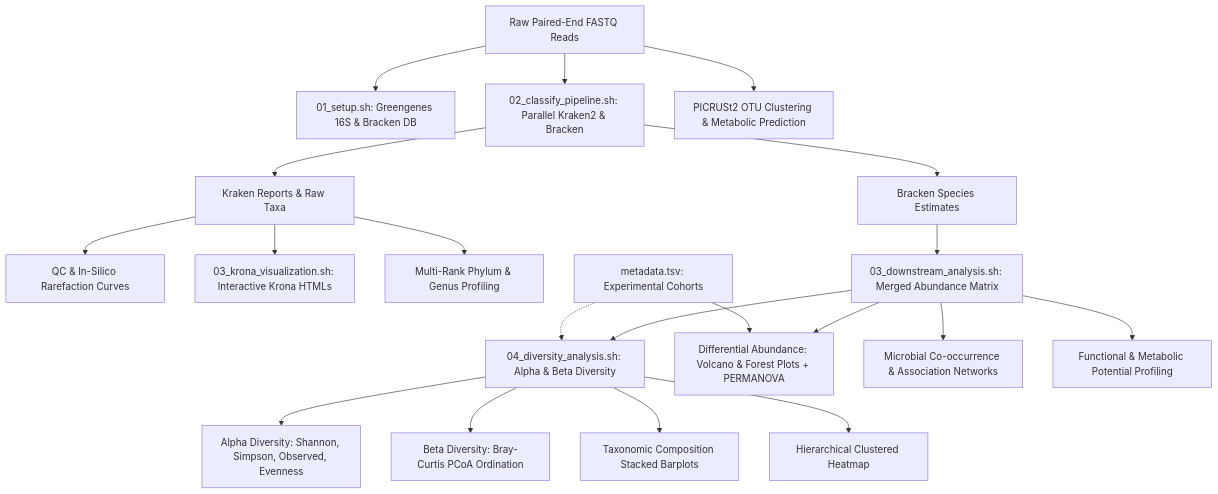
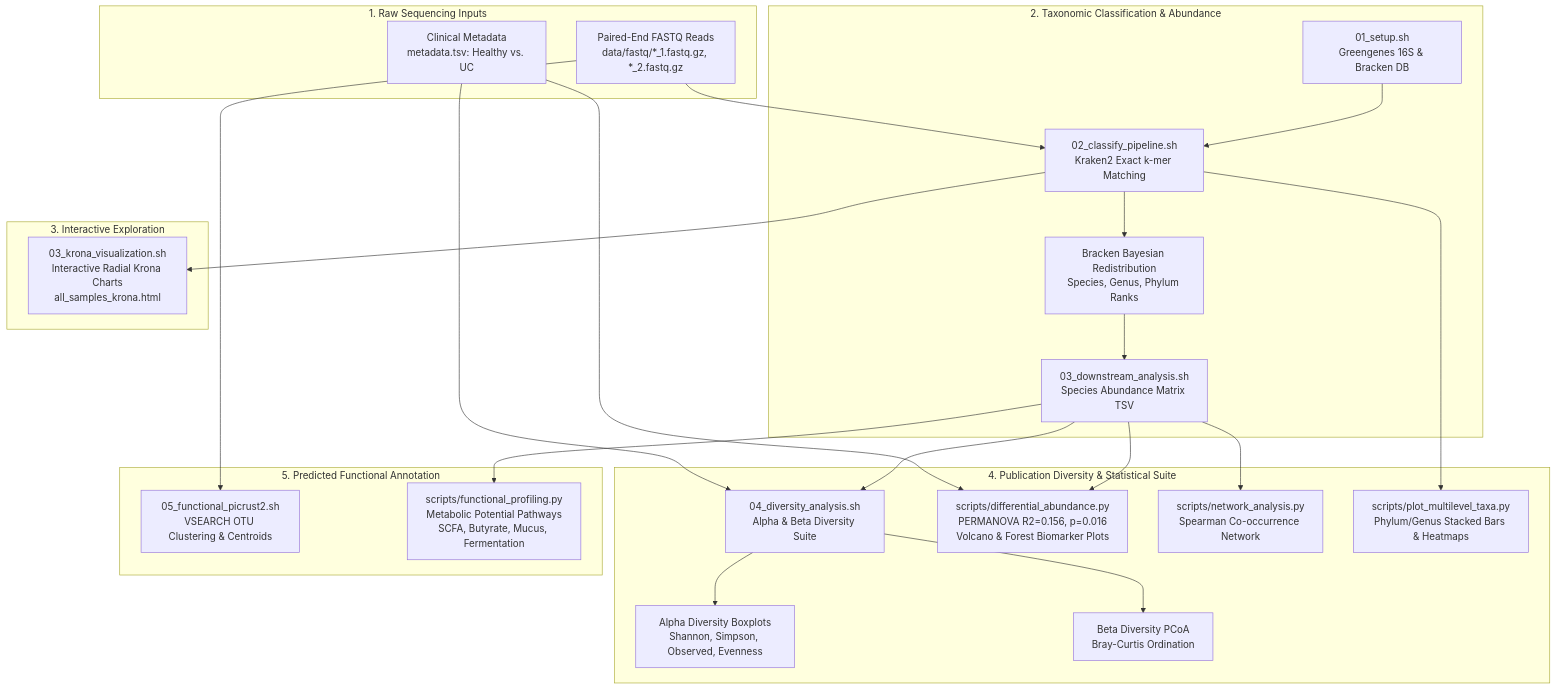
The diagram in README.md (JaykishanJ/metagenomics_16s_pipeline), drawn with Mermaid before and after one commit. The commit also changed other lines of this file, not shown here.

Commit message:
Update README with publication figures gallery and clinical workflow

````diff
--- a/README.md
+++ b/README.md
@@ -17,28 +18,32 @@
 ```mermaid
 flowchart TD
-    A[Raw Paired-End FASTQ Reads] --> B[01_setup.sh: Greengenes 16S & Bracken DB]
-    A --> C[02_classify_pipeline.sh: Parallel Kraken2 & Bracken]
-    
-    C --> D1[Kraken Reports & Raw Taxa]
-    C --> D2[Bracken Species Estimates]
-    
-    D1 --> QC[QC & In-Silico Rarefaction Curves]
-    D1 --> F[03_krona_visualization.sh: Interactive Krona HTMLs]
-    D1 --> MULTI[Multi-Rank Phylum & Genus Profiling]
-    
-    D2 --> E[03_downstream_analysis.sh: Merged Abundance Matrix]
-    
-    E --> G[04_diversity_analysis.sh: Alpha & Beta Diversity]
-    H[metadata.tsv: Experimental Cohorts] -.-> G
-    
-    G --> I1[Alpha Diversity: Shannon, Simpson, Observed, Evenness]
-    G --> I2[Beta Diversity: Bray-Curtis PCoA Ordination]
-    G --> I3[Taxonomic Composition Stacked Barplots]
-    G --> I4[Hierarchical Clustered Heatmap]
-    
-    E & H --> DIFF[Differential Abundance: Volcano & Forest Plots + PERMANOVA]
-    E --> NET[Microbial Co-occurrence & Association Networks]
-    
-    E --> FUNC[Functional & Metabolic Potential Profiling]
-    A --> PICRUST[PICRUSt2 OTU Clustering & Metabolic Prediction]
+    subgraph Inputs["1. Raw Sequencing Inputs"]
+        A[Paired-End FASTQ Reads<br>data/fastq/*_1.fastq.gz, *_2.fastq.gz]
+        M[Clinical Metadata<br>metadata.tsv: Healthy vs. UC]
+    end
+
+    subgraph Profiling["2. Taxonomic Classification & Abundance"]
+        DB[01_setup.sh<br>Greengenes 16S & Bracken DB] --> K2[02_classify_pipeline.sh<br>Kraken2 Exact k-mer Matching]
+        A --> K2
+        K2 --> BR[Bracken Bayesian Redistribution<br>Species, Genus, Phylum Ranks]
+        BR --> MAT[03_downstream_analysis.sh<br>Species Abundance Matrix TSV]
+    end
+
+    subgraph Visualization["3. Interactive Exploration"]
+        K2 --> KRO[03_krona_visualization.sh<br>Interactive Radial Krona Charts<br>all_samples_krona.html]
+    end
+
+    subgraph Statistics["4. Publication Diversity & Statistical Suite"]
+        MAT & M --> DIV[04_diversity_analysis.sh<br>Alpha & Beta Diversity Suite]
+        DIV --> A1[Alpha Diversity Boxplots<br>Shannon, Simpson, Observed, Evenness]
+        DIV --> B1[Beta Diversity PCoA<br>Bray-Curtis Ordination]
+        MAT & M --> DIFF[scripts/differential_abundance.py<br>PERMANOVA R2=0.156, p=0.016<br>Volcano & Forest Biomarker Plots]
+        MAT --> NET[scripts/network_analysis.py<br>Spearman Co-occurrence Network]
+        K2 --> MULTI[scripts/plot_multilevel_taxa.py<br>Phylum/Genus Stacked Bars & Heatmaps]
+    end
+
+    subgraph Functional["5. Predicted Functional Annotation"]
+        A --> VSEARCH[05_functional_picrust2.sh<br>VSEARCH OTU Clustering & Centroids]
+        MAT --> FUNC[scripts/functional_profiling.py<br>Metabolic Potential Pathways<br>SCFA, Butyrate, Mucus, Fermentation]
+    end
 ```
````
